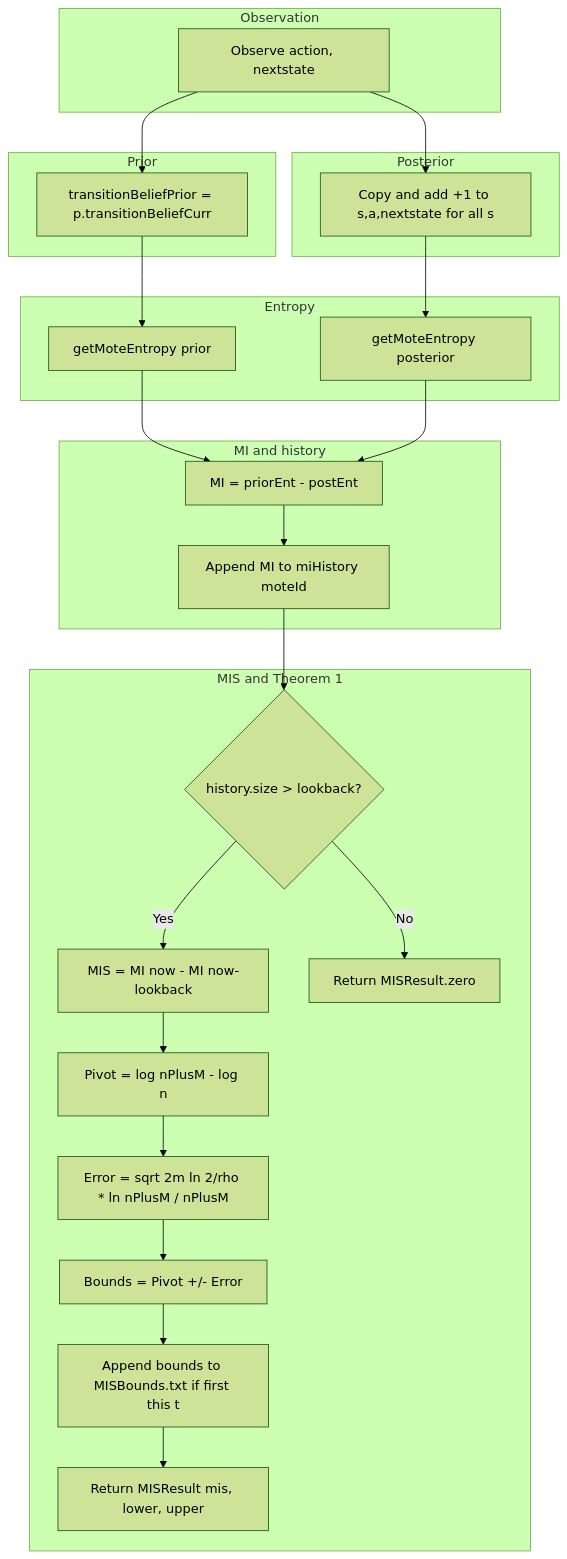
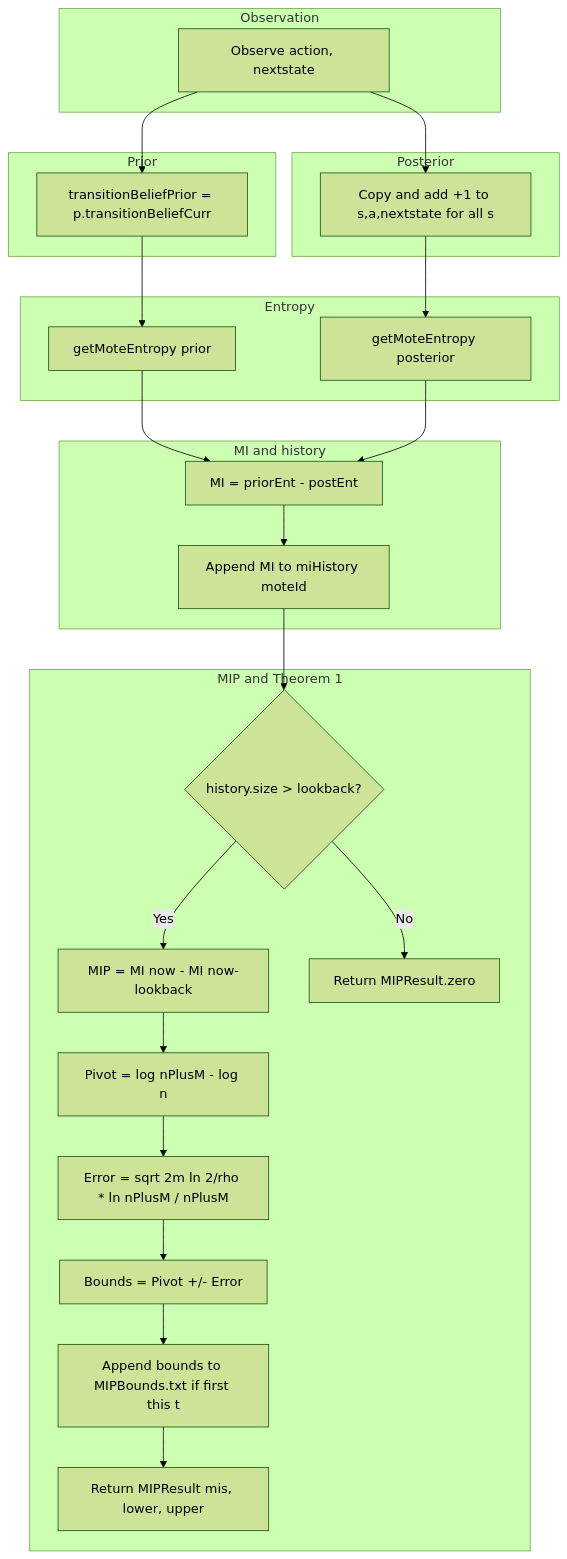
The diagram in docs/MIS_pseudocode.md (ACSOS-2026-SUBMISSION/entropy-regularised-for-SAS-under-non-stationarity), drawn with Mermaid (forest theme) before and after one commit. The commit also changed other lines of this file and 13 other files, not shown here.

````diff
--- a/docs/MIS_pseudocode.md
+++ b/docs/MIS_pseudocode.md
@@ -211,51 +211,51 @@
 ```mermaid
 flowchart TD
     subgraph obs [Observation]
         A[Observe action, nextstate]
     end
 
     subgraph prior [Prior]
         B[transitionBeliefPrior = p.transitionBeliefCurr]
     end
 
     subgraph post [Posterior]
         C[Copy and add +1 to s,a,nextstate for all s]
     end
 
     subgraph ent [Entropy]
         D[getMoteEntropy prior]
         E[getMoteEntropy posterior]
     end
 
     subgraph mi [MI and history]
         F[MI = priorEnt - postEnt]
         G[Append MI to miHistory moteId]
     end
 
-    subgraph mis [MIS and Theorem 1]
+    subgraph mis [MIP and Theorem 1]
         H{history.size > lookback?}
-        I[MIS = MI now - MI now-lookback]
+        I[MIP = MI now - MI now-lookback]
         J[Pivot = log nPlusM - log n]
         K[Error = sqrt 2m ln 2/rho * ln nPlusM / nPlusM]
         L[Bounds = Pivot +/- Error]
-        M[Append bounds to MISBounds.txt if first this t]
-        N[Return MISResult mis, lower, upper]
-        O[Return MISResult.zero]
+        M[Append bounds to MIPBounds.txt if first this t]
+        N[Return MIPResult mis, lower, upper]
+        O[Return MIPResult.zero]
     end
 
     A --> B
     A --> C
     B --> D
     C --> E
     D --> F
     E --> F
     F --> G
     G --> H
     H -->|No| O
     H -->|Yes| I
     I --> J
     J --> K
     K --> L
     L --> M
     M --> N
 ```
````
